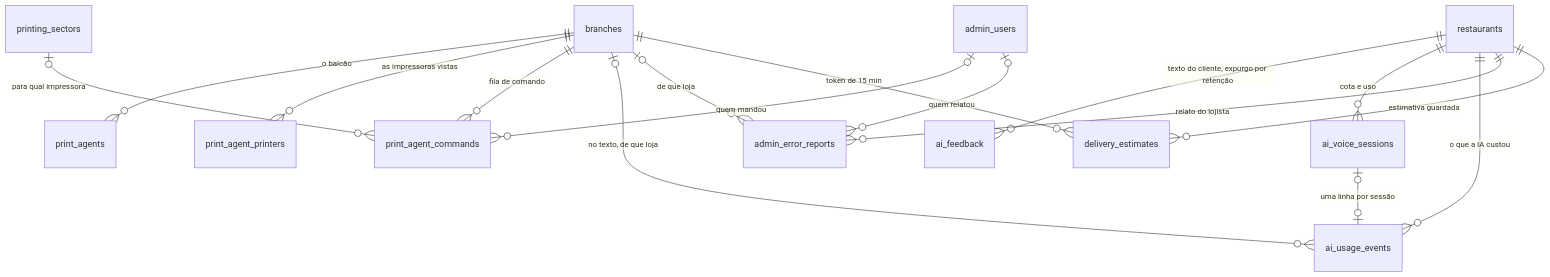
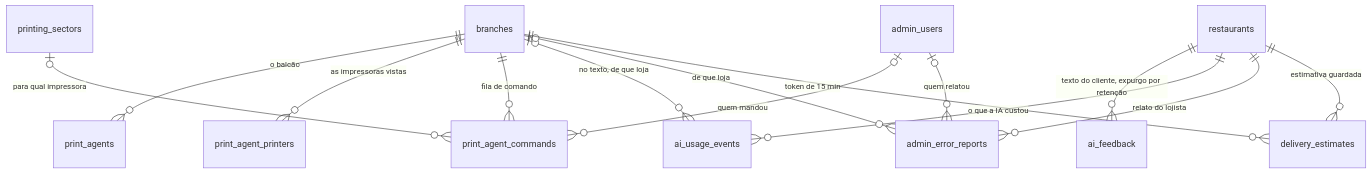
Before and after one commit to Caua1705/pedeaqui_back: the seventh of 8 diagrams in docs/modelo-de-dados.md, drawn with Mermaid. The commit also changed other lines of this file and 81 other files, not shown here.

````diff
--- a/docs/modelo-de-dados.md
+++ b/docs/modelo-de-dados.md
@@ -196,18 +203,16 @@
 ```mermaid
 erDiagram
     branches ||--o{ print_agents : "o balcão"
     branches ||--o{ print_agent_printers : "as impressoras vistas"
     branches ||--o{ print_agent_commands : "fila de comando"
     printing_sectors |o--o{ print_agent_commands : "para qual impressora"
     admin_users |o--o{ print_agent_commands : "quem mandou"
     restaurants ||--o{ ai_feedback : "texto do cliente, expurgo por retenção"
-    restaurants ||--o{ ai_voice_sessions : "cota e uso"
     restaurants ||--o{ ai_usage_events : "o que a IA custou"
     branches |o--o{ ai_usage_events : "no texto, de que loja"
-    ai_voice_sessions |o--o| ai_usage_events : "uma linha por sessão"
     restaurants ||--o{ admin_error_reports : "relato do lojista"
     branches |o--o{ admin_error_reports : "de que loja"
     admin_users |o--o{ admin_error_reports : "quem relatou"
     restaurants ||--o{ delivery_estimates : "estimativa guardada"
     branches ||--o{ delivery_estimates : "token de 15 min"
 ```
````
